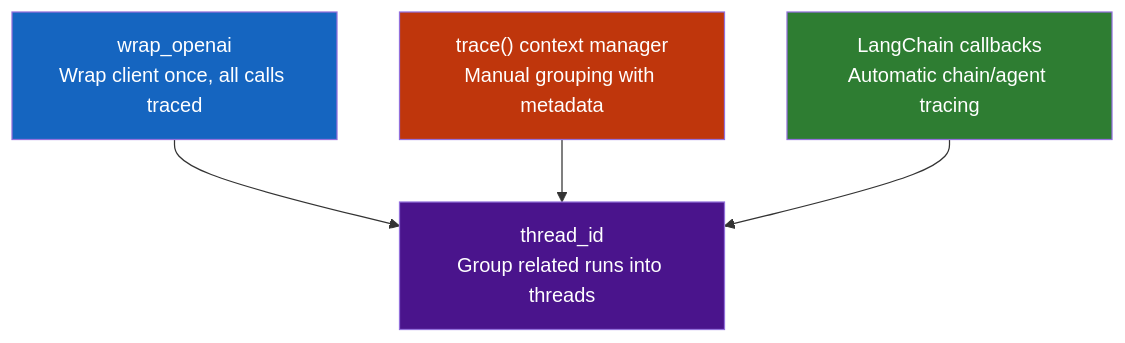
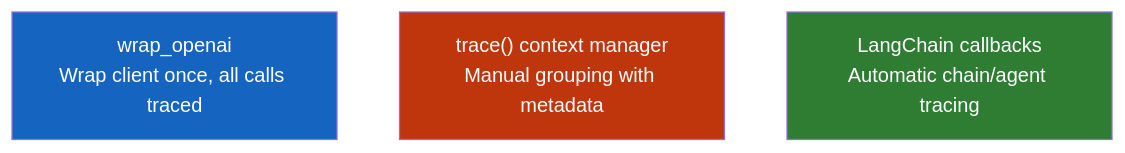
The diagram in Langsmith-Labs/Lab2-Beginner/alternative-tracing/lab-alternative-tracing.md (CogKnowEdge-Solutions/Orchestration), drawn with Mermaid before and after one commit. The commit also changed other lines of this file and 3 other files, not shown here.

````diff
--- a/Langsmith-Labs/Lab2-Beginner/alternative-tracing/lab-alternative-tracing.md
+++ b/Langsmith-Labs/Lab2-Beginner/alternative-tracing/lab-alternative-tracing.md
@@ -76,16 +74,10 @@
 ```mermaid
 graph TB
     W["wrap_openai<br/>Wrap client once, all calls traced"]
     T["trace() context manager<br/>Manual grouping with metadata"]
     L["LangChain callbacks<br/>Automatic chain/agent tracing"]
-    R["thread_id<br/>Group related runs into threads"]
-
-    W --> R
-    T --> R
-    L --> R
 
     style W fill:#1565c0,color:#fff
     style T fill:#bf360c,color:#fff
     style L fill:#2e7d32,color:#fff
-    style R fill:#4a148c,color:#fff
 ```
````
